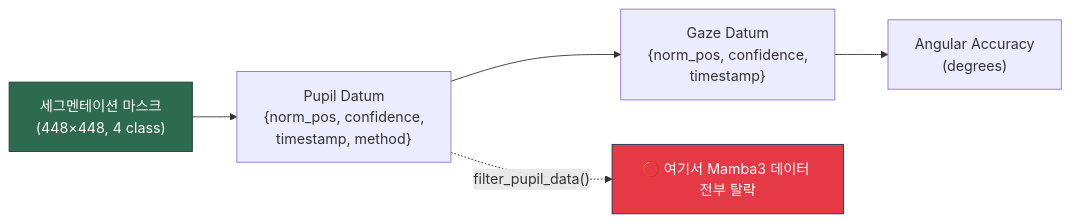
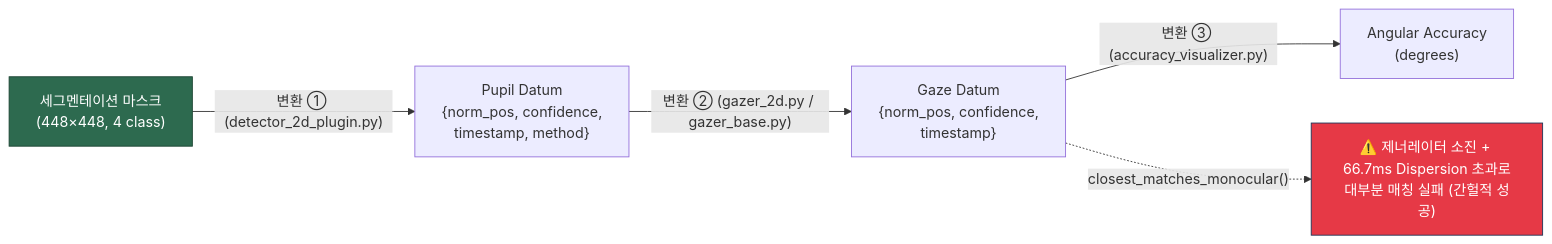
One commit to dutlsl/pupil changed the first of 4 diagrams in docs/gaze_accuracy_analysis.md. Above: the diagram before and after it, drawn with Mermaid. The commit also changed other lines of this file and 23 other files, not shown here.

````diff
--- a/docs/gaze_accuracy_analysis.md
+++ b/docs/gaze_accuracy_analysis.md
@@ -12,11 +12,11 @@
 ```mermaid
 graph LR
-    A["세그멘테이션 마스크<br/>(448×448, 4 class)"] --> B["Pupil Datum<br/>{norm_pos, confidence,<br/>timestamp, method}"]
-    B --> C["Gaze Datum<br/>{norm_pos, confidence,<br/>timestamp}"]
-    C --> D["Angular Accuracy<br/>(degrees)"]
+    A["세그멘테이션 마스크<br/>(448×448, 4 class)"] -->|"변환 ① (detector_2d_plugin.py)"| B["Pupil Datum<br/>{norm_pos, confidence,<br/>timestamp, method}"]
+    B -->|"변환 ② (gazer_2d.py / gazer_base.py)"| C["Gaze Datum<br/>{norm_pos, confidence,<br/>timestamp}"]
+    C -->|"변환 ③ (accuracy_visualizer.py)"| D["Angular Accuracy<br/>(degrees)"]
 
-    B -.->|"filter_pupil_data()"| B2["🚫 여기서 Mamba3 데이터 전부 탈락"]
+    C -.->|"closest_matches_monocular()"| B2["⚠️ 제너레이터 소진 + 66.7ms Dispersion 초과로<br/>대부분 매칭 실패 (간헐적 성공)"]
 
     style B2 fill:#e63946,stroke:#1d3557,color:#fff
     style A fill:#2d6a4f,stroke:#1b4332,color:#fff
 ```
````
